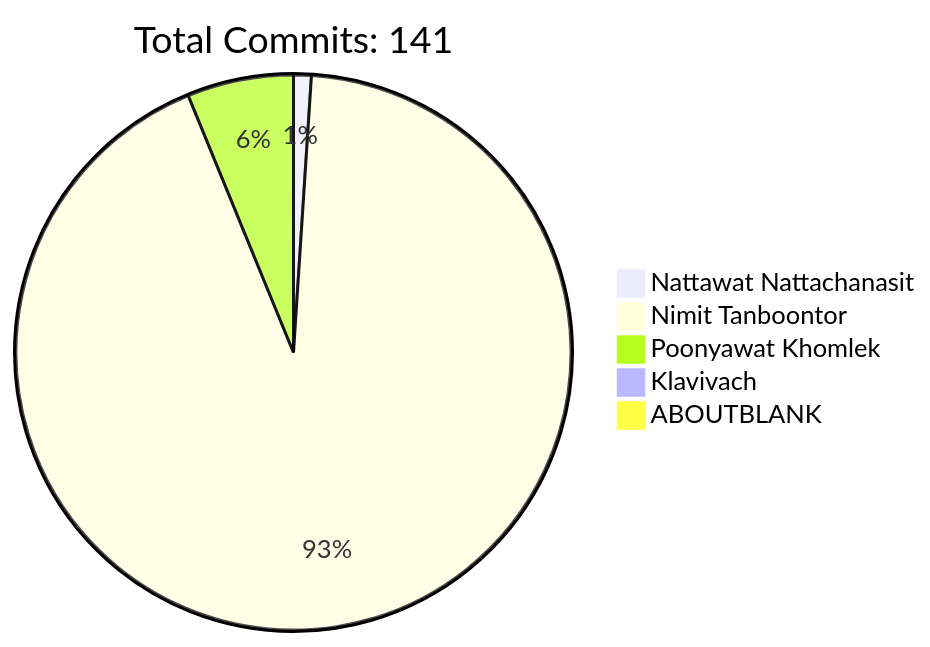
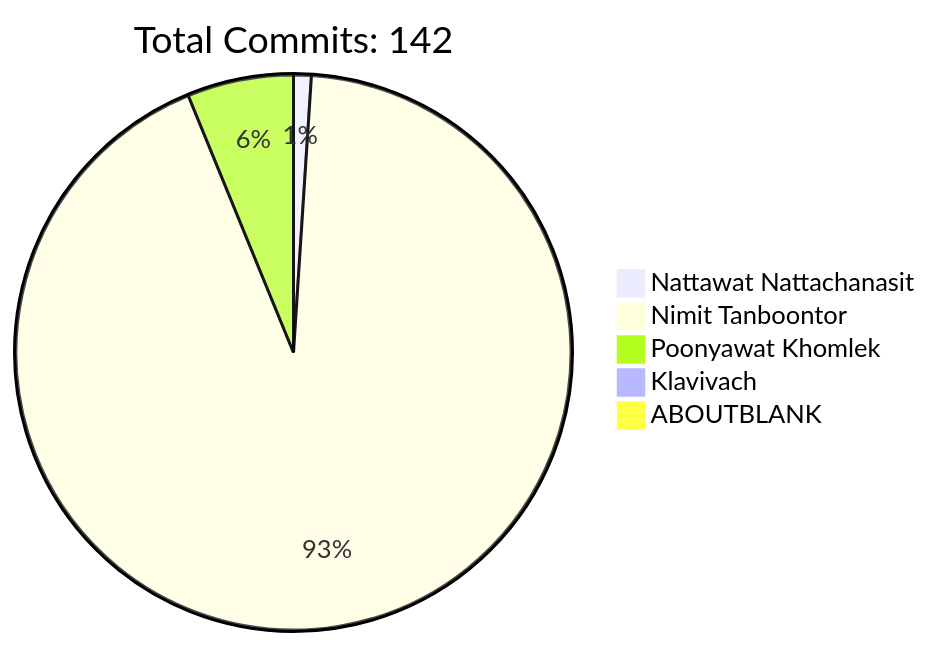
The diagram in README.md (HLLC-MFU/HLLC-2025), drawn with Mermaid before and after one commit. The commit also changed other lines of this file, not shown here.

````diff
--- a/README.md
+++ b/README.md
@@ -170,9 +170,9 @@
 ```mermaid
 pie
-    title Total Commits: 141
+    title Total Commits: 142
     "Nattawat Nattachanasit" : 1
     "Nimit Tanboontor" : 90
     "Poonyawat Khomlek" : 6
     "Klavivach" : 0
     "ABOUTBLANK" : 0
 ```
````
